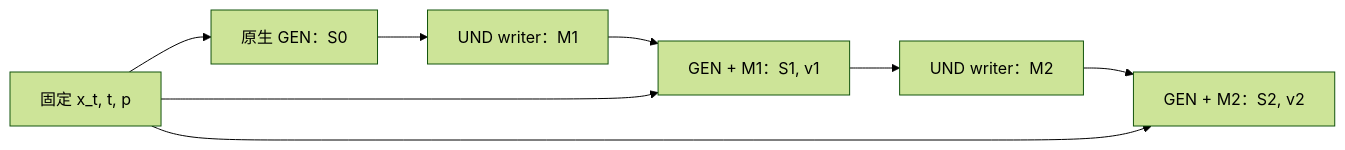
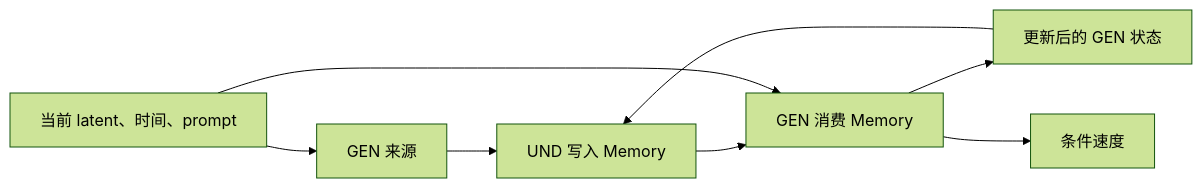
One commit to zyd-ustc/bagel-LatentCoT changed the diagram in docs/inference.md. Above: the diagram before and after it, drawn with Mermaid (forest theme). The commit also changed other lines of this file and 6 other files, not shown here.

````diff
--- a/docs/inference.md
+++ b/docs/inference.md
@@ -97,10 +70,10 @@
 ```mermaid
 flowchart LR
-    X["固定 x_t, t, p"] --> G0["原生 GEN：S0"]
-    G0 --> W1["UND writer：M1"]
-    W1 --> G1["GEN + M1：S1, v1"]
-    G1 --> W2["UND writer：M2"]
-    W2 --> G2["GEN + M2：S2, v2"]
-    X --> G1
-    X --> G2
+    X["当前 latent、时间、prompt"] --> G["GEN 来源"]
+    G --> W["UND 写入 Memory"]
+    W --> C["GEN 消费 Memory"]
+    X --> C
+    C --> F["更新后的 GEN 状态"]
+    F --> W
+    C --> V["条件速度"]
 ```
````
